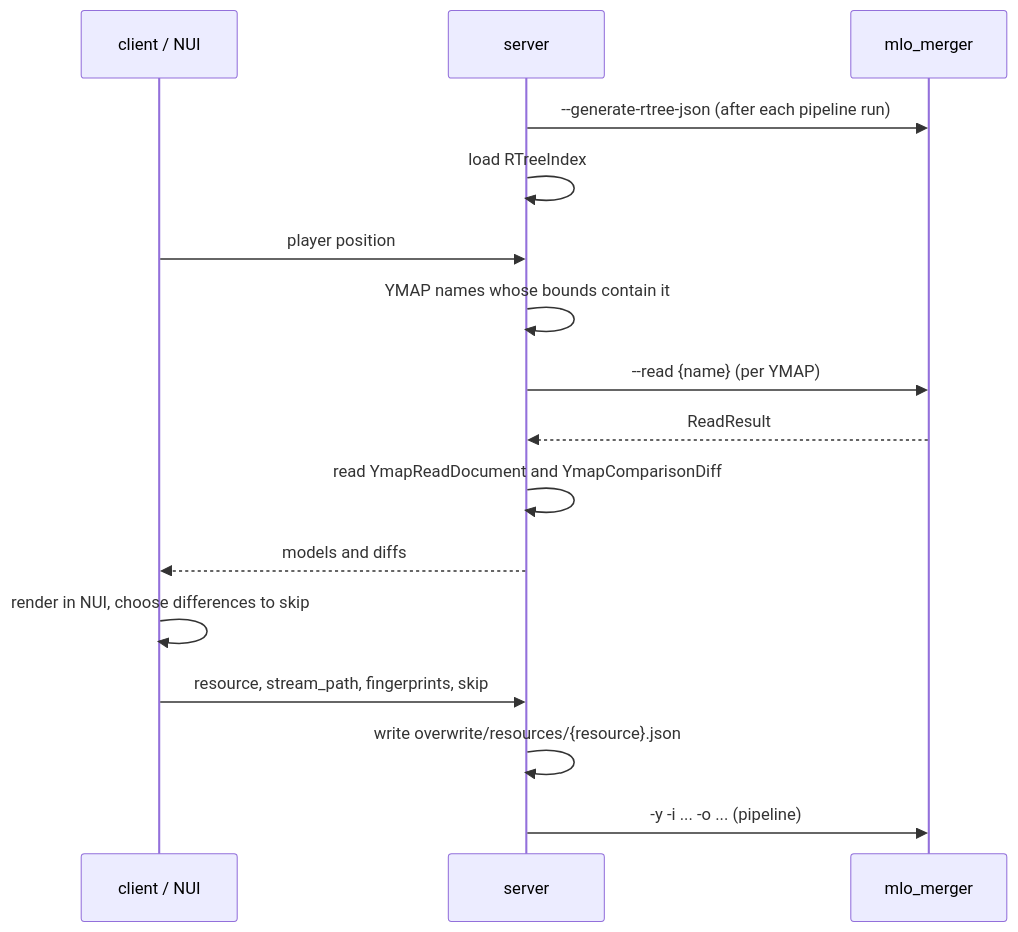
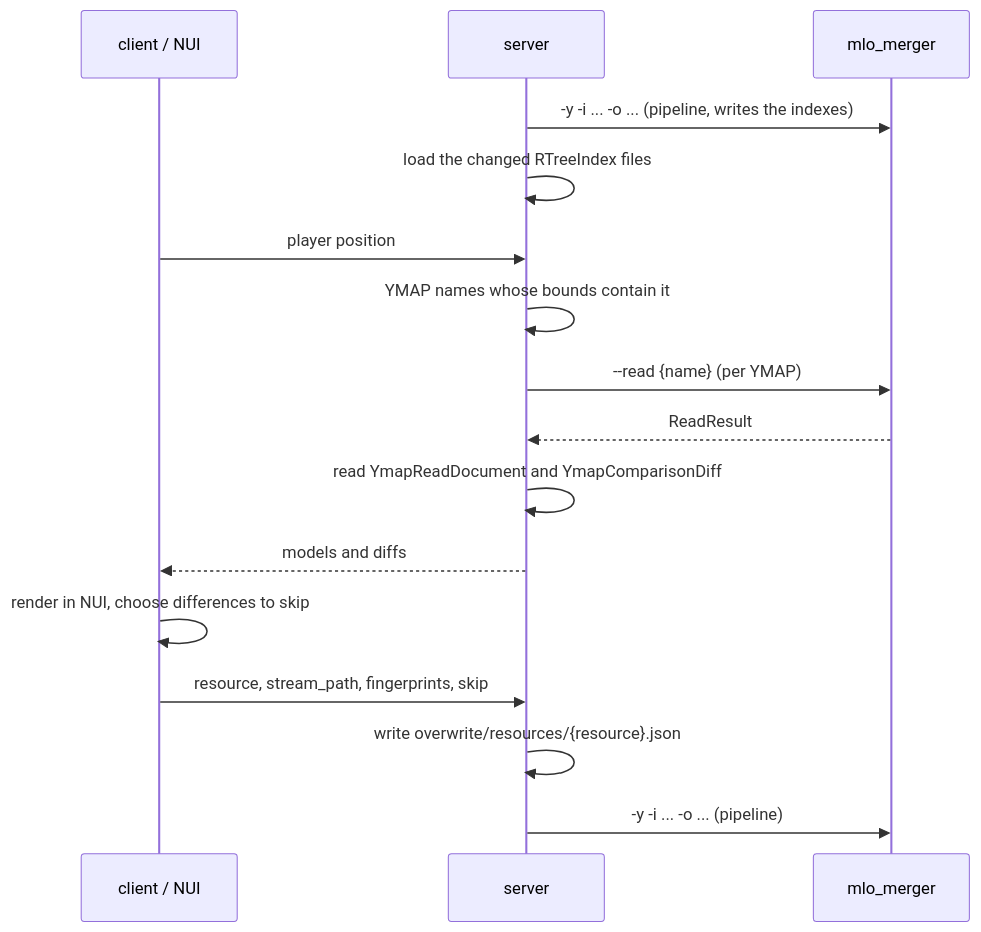
The diagram in docs/usage.md (nnnnusui/mlo_merger), drawn with Mermaid before and after one commit. The commit also changed other lines of this file and 12 other files, not shown here.

First line of the commit message:
Write each store's stream-file bounds index when the store is built

````diff
--- a/docs/usage.md
+++ b/docs/usage.md
@@ -253,18 +253,18 @@
 ```mermaid
 sequenceDiagram
     participant C as client / NUI
     participant S as server
     participant M as mlo_merger
-    S->>M: --generate-rtree-json (after each pipeline run)
-    S->>S: load RTreeIndex
+    S->>M: -y -i ... -o ... (pipeline, writes the indexes)
+    S->>S: load the changed RTreeIndex files
     C->>S: player position
     S->>S: YMAP names whose bounds contain it
     S->>M: --read {name} (per YMAP)
     M-->>S: ReadResult
     S->>S: read YmapReadDocument and YmapComparisonDiff
     S-->>C: models and diffs
     C->>C: render in NUI, choose differences to skip
     C->>S: resource, stream_path, fingerprints, skip
     S->>S: write overwrite/resources/{resource}.json
     S->>M: -y -i ... -o ... (pipeline)
 ```
````
